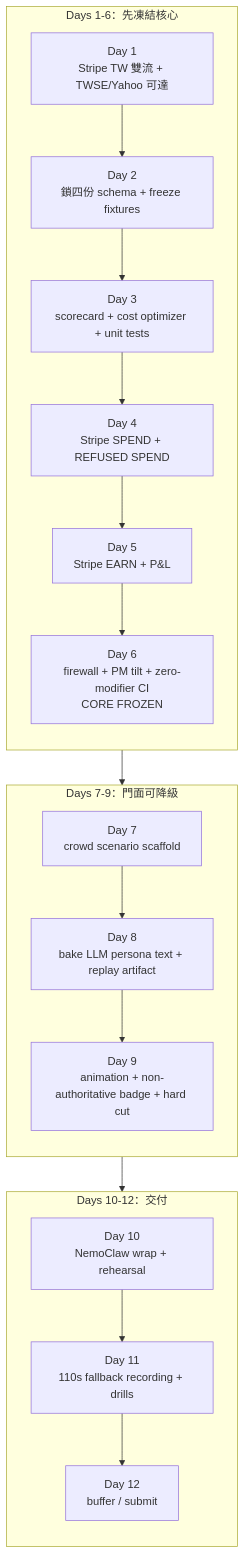
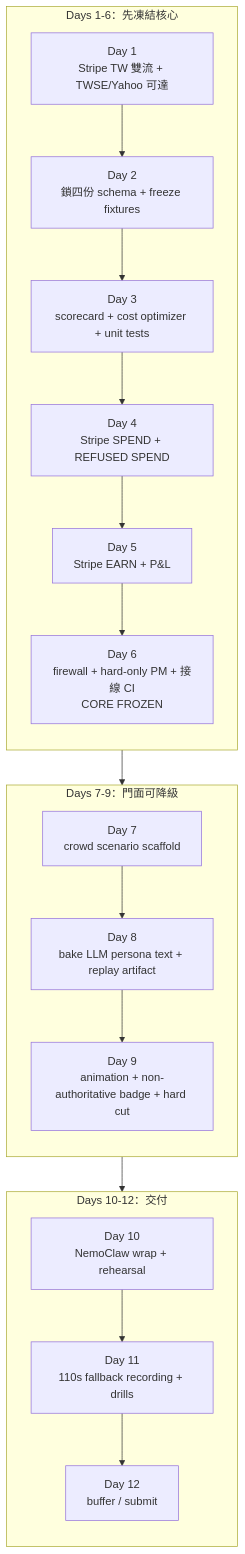
One commit to Silavater/stack_fund_agent changed the ninth of 10 diagrams in doc/StackFund_架構分析_Mermaid.md. Above: the diagram before and after it, drawn with Mermaid. The commit also changed other lines of this file and 1 other file, not shown here.

First line of the commit message:
Adopt FACE narrative-only sidecar (v3.1): crowd layer no longer writes back to L4

````diff
--- a/doc/StackFund_架構分析_Mermaid.md
+++ b/doc/StackFund_架構分析_Mermaid.md
@@ -496,31 +482,31 @@
 ```mermaid
 flowchart TD
     subgraph Core["Days 1-6：先凍結核心"]
         direction TB
         D1["Day 1<br/>Stripe TW 雙流 + TWSE/Yahoo 可達"]
         D2["Day 2<br/>鎖四份 schema + freeze fixtures"]
         D3["Day 3<br/>scorecard + cost optimizer + unit tests"]
         D4["Day 4<br/>Stripe SPEND + REFUSED SPEND"]
         D5["Day 5<br/>Stripe EARN + P&L"]
-        D6["Day 6<br/>firewall + PM tilt + zero-modifier CI<br/>CORE FROZEN"]
+        D6["Day 6<br/>firewall + hard-only PM + 接線 CI<br/>CORE FROZEN"]
         D1 --> D2 --> D3 --> D4 --> D5 --> D6
     end
 
     subgraph FaceBuild["Days 7-9：門面可降級"]
         direction TB
         D7["Day 7<br/>crowd scenario scaffold"]
         D8["Day 8<br/>bake LLM persona text + replay artifact"]
         D9["Day 9<br/>animation + non-authoritative badge + hard cut"]
         D7 --> D8 --> D9
     end
 
     subgraph Delivery["Days 10-12：交付"]
         direction TB
         D10["Day 10<br/>NemoClaw wrap + rehearsal"]
         D11["Day 11<br/>110s fallback recording + drills"]
         D12["Day 12<br/>buffer / submit"]
         D10 --> D11 --> D12
     end
 
     Core --> FaceBuild --> Delivery
 ```
````
